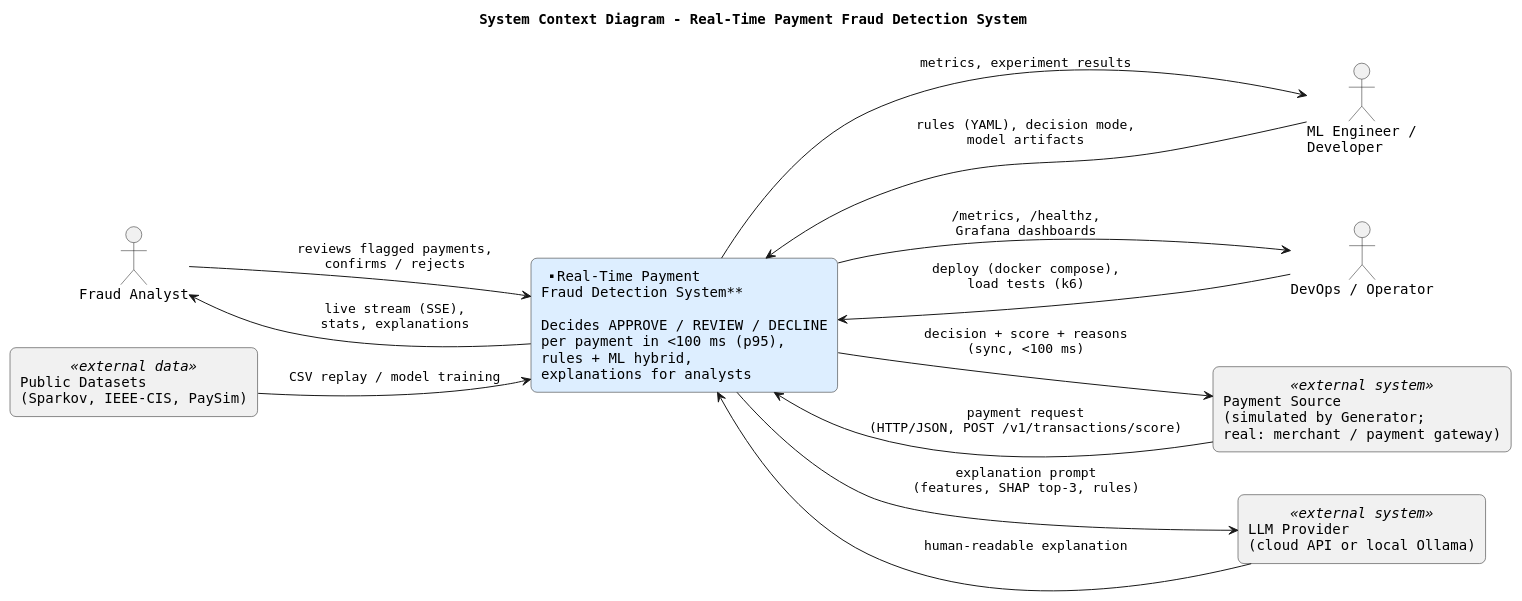
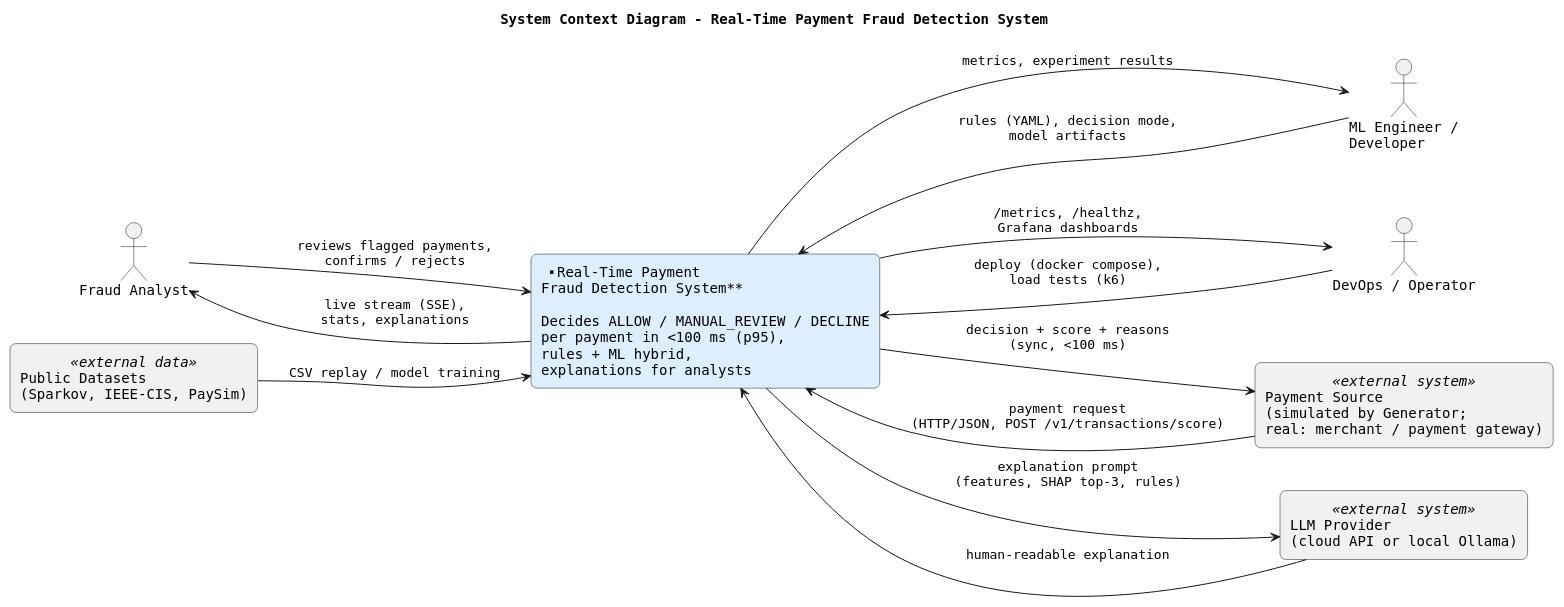
The diagram in architecture/01_system_context.puml (Akniyeet/payment-fraud-detection-system), drawn with PlantUML before and after one commit. The commit also changed 6 other files, not shown here.

```diff
--- a/architecture/01_system_context.puml
+++ b/architecture/01_system_context.puml
@@ -1,36 +1,36 @@
 @startuml 01_system_context
 title System Context Diagram – Real-Time Payment Fraud Detection System
 left to right direction
 skinparam shadowing false
 skinparam defaultFontName Monospaced
 skinparam rectangle {
   RoundCorner 12
 }
 
 actor "Fraud Analyst" as analyst
 actor "ML Engineer /\nDeveloper" as dev
 actor "DevOps / Operator" as ops
 
 rectangle "Payment Source\n(simulated by Generator;\nreal: merchant / payment gateway)" as src <<external system>>
 rectangle "LLM Provider\n(cloud API or local Ollama)" as llm <<external system>>
 rectangle "Public Datasets\n(Sparkov, IEEE-CIS, PaySim)" as ds <<external data>>
 
-rectangle "**Real-Time Payment\nFraud Detection System**\n\nDecides APPROVE / REVIEW / DECLINE\nper payment in <100 ms (p95),\nrules + ML hybrid,\nexplanations for analysts" as sys #DDEEFF
+rectangle "**Real-Time Payment\nFraud Detection System**\n\nDecides ALLOW / MANUAL_REVIEW / DECLINE\nper payment in <100 ms (p95),\nrules + ML hybrid,\nexplanations for analysts" as sys #DDEEFF
 
 src --> sys : payment request\n(HTTP/JSON, POST /v1/transactions/score)
 sys --> src : decision + score + reasons\n(sync, <100 ms)
 
 analyst --> sys : reviews flagged payments,\nconfirms / rejects
 sys --> analyst : live stream (SSE),\nstats, explanations
 
 dev --> sys : rules (YAML), decision mode,\nmodel artifacts
 sys --> dev : metrics, experiment results
 
 ops --> sys : deploy (docker compose),\nload tests (k6)
 sys --> ops : /metrics, /healthz,\nGrafana dashboards
 
 sys --> llm : explanation prompt\n(features, SHAP top-3, rules)
 llm --> sys : human-readable explanation
 
 ds --> sys : CSV replay / model training
 @enduml
```
